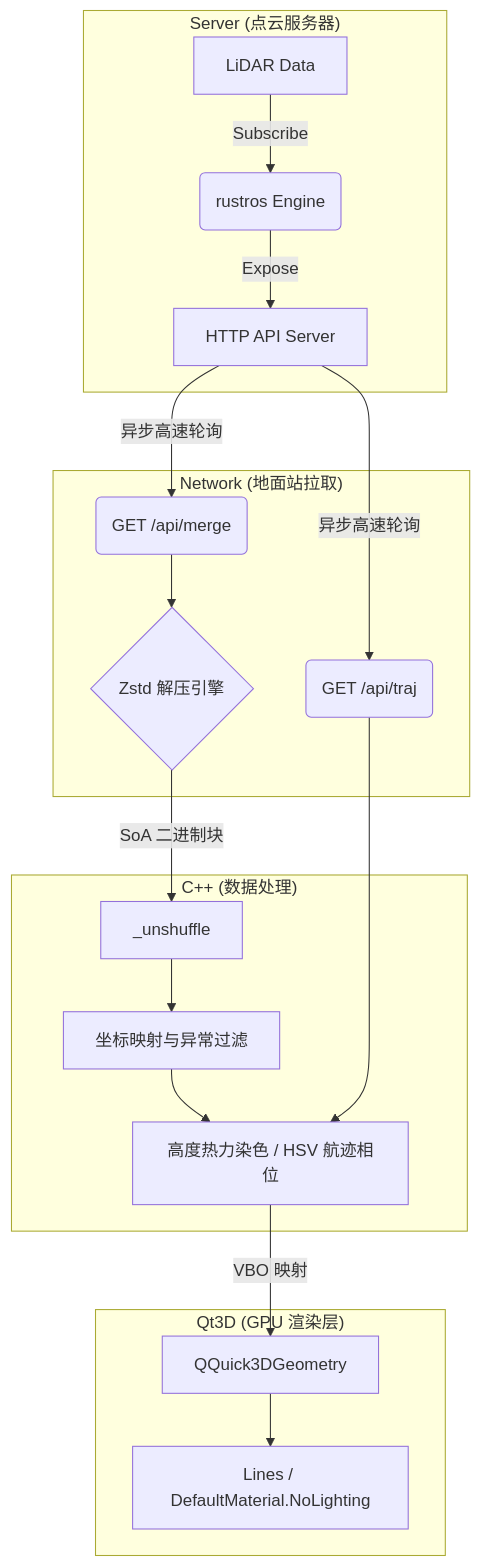
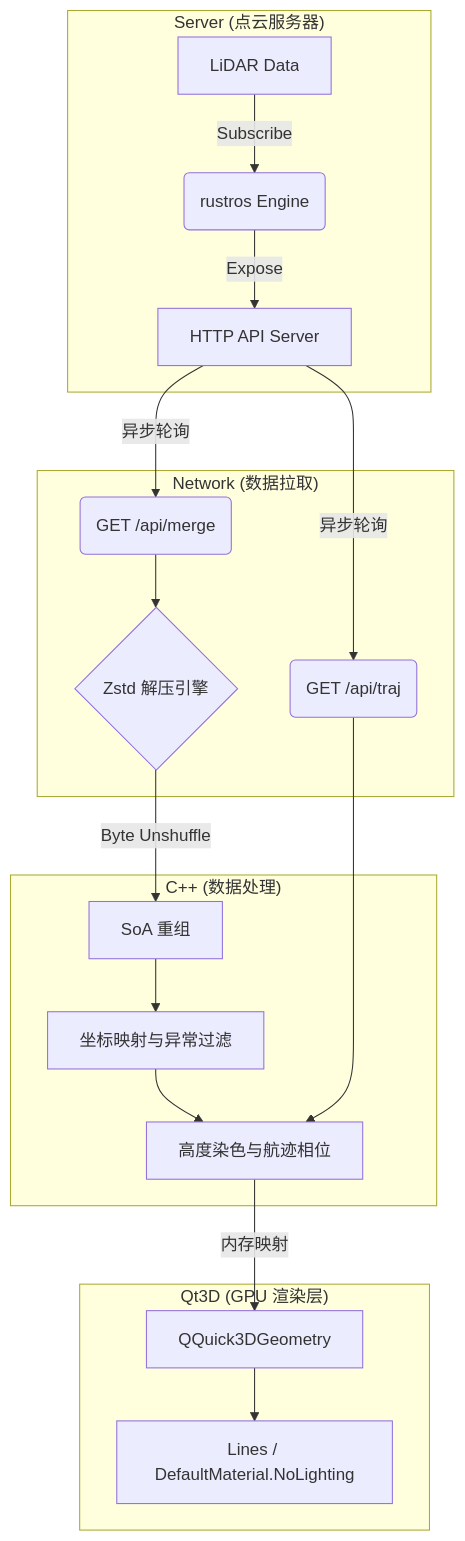
The diagram in content/cn/blog/Frontend/render-pointcloud-with-qtquick3d.md (pinyinjj/Docsy), drawn with Mermaid before and after one commit. The commit also changed other lines of this file and 5 other files, not shown here.

```diff
--- a/content/cn/blog/Frontend/render-pointcloud-with-qtquick3d.md
+++ b/content/cn/blog/Frontend/render-pointcloud-with-qtquick3d.md
@@ -18,25 +19,25 @@
 {{< mermaid size="s" >}}
 graph TD
     subgraph "Server (点云服务器)"
         A1[LiDAR Data] -->|Subscribe| B1(rustros Engine)
         B1 -->|Expose| C1[HTTP API Server]
     end
 
-    subgraph "Network (地面站拉取)"
-        C1 -->|异步高速轮询| B(GET /api/merge)
-        C1 -->|异步高速轮询| C(GET /api/traj)
+    subgraph "Network (数据拉取)"
+        C1 -->|异步轮询| B(GET /api/merge)
+        C1 -->|异步轮询| C(GET /api/traj)
         B --> D{Zstd 解压引擎}
     end
 
     subgraph "C++ (数据处理)"
-        D -->|SoA 二进制块| E[_unshuffle]
+        D -->|Byte Unshuffle| E[SoA 重组]
         E --> F[坐标映射与异常过滤]
-        F --> G[高度热力染色 / HSV 航迹相位]
+        F --> G[高度染色与航迹相位]
         C --> G
     end
 
     subgraph "Qt3D (GPU 渲染层)"
-        G -->|VBO 映射| H[QQuick3DGeometry]
+        G -->|内存映射| H[QQuick3DGeometry]
         H --> I[Lines / DefaultMaterial.NoLighting]
     end
 {{< /mermaid >}}
```
